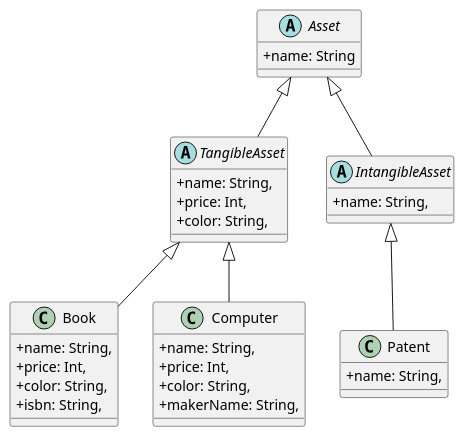
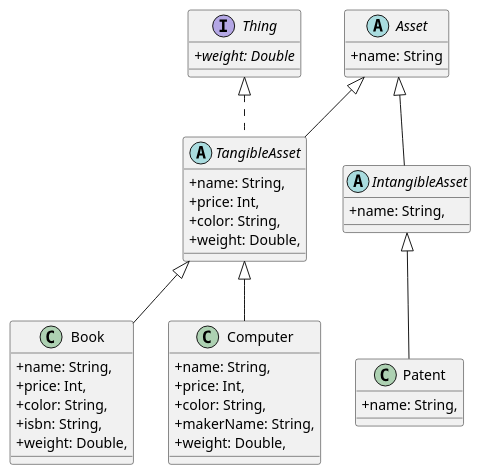
One commit to SurvivalCodingCampus/gangnam2_kotlin_study changed the diagram in src/main/kotlin/com/sesac/practice/day06/asset.puml. Above: the diagram before and after it, drawn with PlantUML. The commit also changed 5 other files, not shown here.

```diff
--- a/src/main/kotlin/com/sesac/practice/day06/asset.puml
+++ b/src/main/kotlin/com/sesac/practice/day06/asset.puml
@@ -1,36 +1,43 @@
 @startuml
 skinparam classAttributeIconSize 0
+
+interface Thing {
+    + {abstract} weight: Double
+}
 
 abstract class Asset {
     + name: String
 }
 
-abstract class TangibleAsset extends Asset {
+abstract class TangibleAsset extends Asset implements Thing {
     + name: String,
     + price: Int,
     + color: String,
+    + weight: Double,
 }
 
 class Book extends TangibleAsset {
     + name: String,
     + price: Int,
     + color: String,
     + isbn: String,
+    + weight: Double,
 }
 
 class Computer extends TangibleAsset {
     + name: String,
     + price: Int,
     + color: String,
     + makerName: String,
+    + weight: Double,
 }
 
 abstract class IntangibleAsset extends Asset {
     + name: String,
 }
 
 class Patent extends IntangibleAsset {
     + name: String,
 }
 
 @enduml
```
